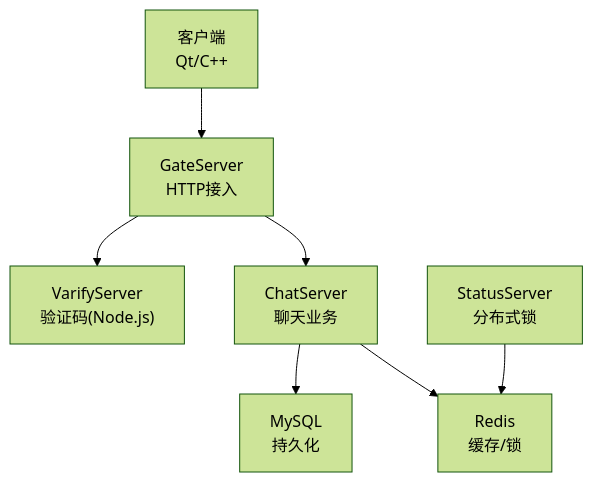
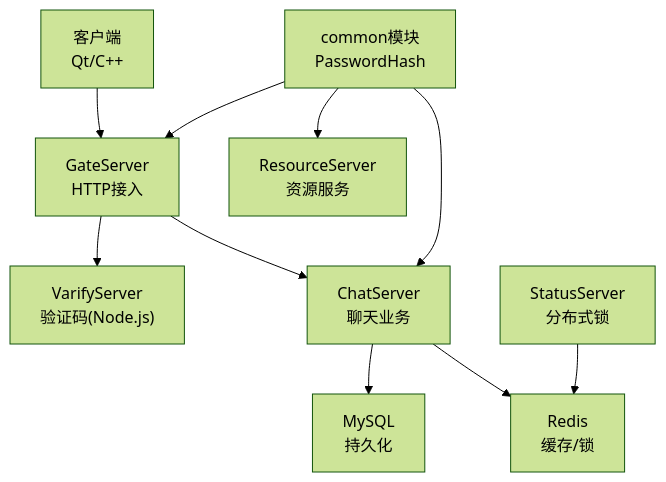
Before and after one commit to echo9923/mychatter: the first of 3 diagrams in .qoder/repowiki/zh/content/安全设计/数据安全保护/数据加密存储.md, drawn with Mermaid (forest theme). The commit also changed other lines of this file and 58 other files, not shown here.

````diff
--- a/.qoder/repowiki/zh/content/安全设计/数据安全保护/数据加密存储.md
+++ b/.qoder/repowiki/zh/content/安全设计/数据安全保护/数据加密存储.md
@@ -53,9 +71,12 @@
 ```mermaid
 graph TB
 Client["客户端<br/>Qt/C++"] --> Gate["GateServer<br/>HTTP接入"]
 Gate --> Verify["VarifyServer<br/>验证码(Node.js)"]
 Gate --> Chat["ChatServer<br/>聊天业务"]
 Chat --> MySQL["MySQL<br/>持久化"]
 Chat --> Redis["Redis<br/>缓存/锁"]
 Status["StatusServer<br/>分布式锁"] --> Redis
+Common["common模块<br/>PasswordHash"] --> Gate
+Common --> Chat
+Common --> Resource["ResourceServer<br/>资源服务"]
 ```
````
